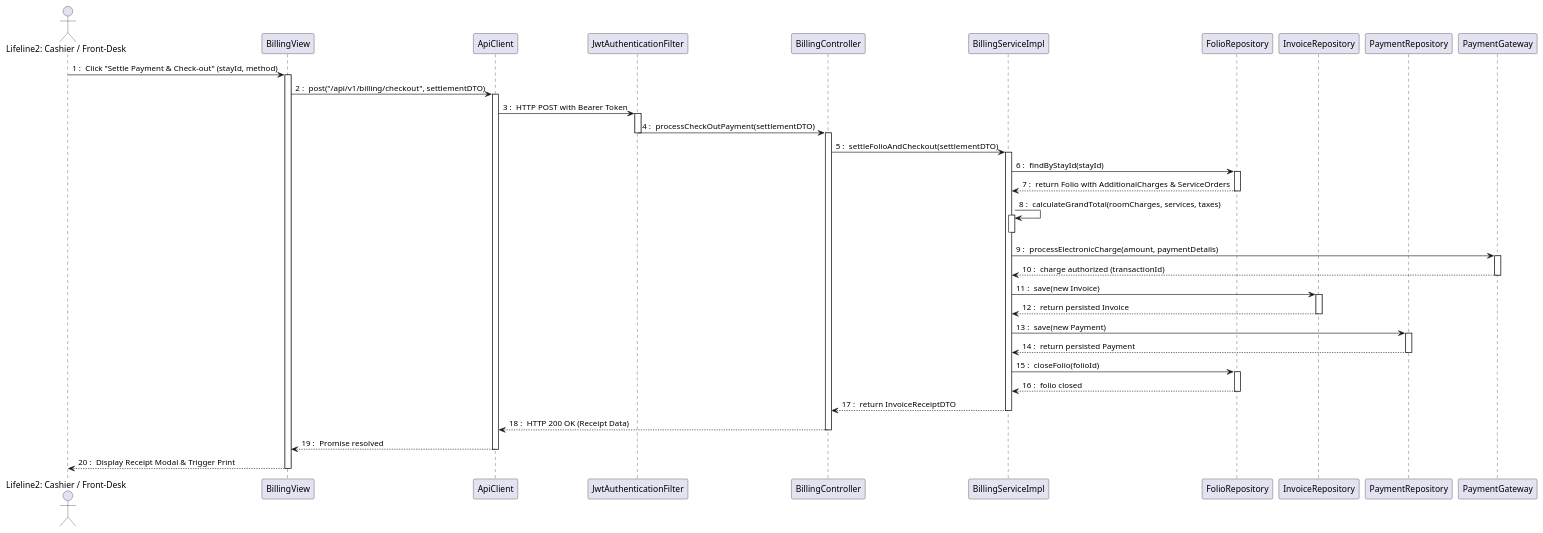
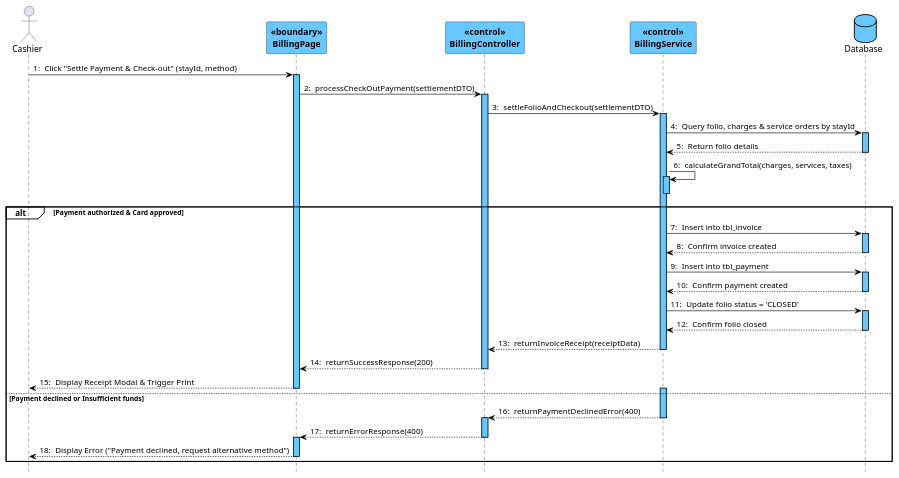
The sixth of 7 diagrams in docs/Class + Sequence/Sequence Diagram(s) (PlantUML).md (hieupeek/sba_doc), drawn with PlantUML before and after one commit. The commit also changed other lines of this file and 23 other files, not shown here.

Commit message:
docs: update class diagrams to association and sequence diagrams to COMET VP style

````diff
--- a/docs/Class + Sequence/Sequence Diagram(s) (PlantUML).md
+++ b/docs/Class + Sequence/Sequence Diagram(s) (PlantUML).md
@@ -346,74 +444,87 @@
 ```plantuml
 @startuml
 skinparam shadowed false
-autonumber 1 "0 : "
+autonumber 1 "0: "
+hide footbox
 
-actor "Lifeline2: Cashier / Front-Desk" as Cashier
-participant BillingView
-participant ApiClient
-participant JwtAuthenticationFilter
-participant BillingController
-participant BillingServiceImpl
-participant FolioRepository
-participant InvoiceRepository
-participant PaymentRepository
-participant PaymentGateway
+skinparam participantBackgroundColor #67C8FF
+skinparam participantBorderColor #000000
+skinparam participantFontColor #000000
+skinparam participantFontStyle bold
 
-Cashier -> BillingView : Click "Settle Payment & Check-out" (stayId, method)
-activate BillingView
+skinparam databaseBackgroundColor #67C8FF
+skinparam databaseBorderColor #000000
+skinparam databaseFontColor #000000
 
-BillingView -> ApiClient : post("/api/v1/billing/checkout", settlementDTO)
-activate ApiClient
+skinparam sequenceLifeLineBackgroundColor #67C8FF
+skinparam sequenceLifeLineBorderColor #000000
+skinparam sequenceArrowColor #000000
 
-ApiClient -> JwtAuthenticationFilter : HTTP POST with Bearer Token
-activate JwtAuthenticationFilter
+skinparam SequenceGroupFontColor #000000
+skinparam SequenceGroupFontStyle bold
+skinparam SequenceGroupHeaderFontColor #000000
+skinparam SequenceGroupHeaderFontStyle bold
+skinparam SequenceGroupBorderColor #000000
+skinparam SequenceGroupBackgroundColor transparent
 
-JwtAuthenticationFilter -> BillingController : processCheckOutPayment(settlementDTO)
-deactivate JwtAuthenticationFilter
+actor Cashier
+participant BillingPage <<boundary>>
+participant BillingController <<control>>
+participant BillingService <<control>>
+database Database
+
+Cashier -> BillingPage : Click "Settle Payment & Check-out" (stayId, method)
+activate BillingPage
+
+BillingPage -> BillingController : processCheckOutPayment(settlementDTO)
 activate BillingController
 
-BillingController -> BillingServiceImpl : settleFolioAndCheckout(settlementDTO)
-activate BillingServiceImpl
+BillingController -> BillingService : settleFolioAndCheckout(settlementDTO)
+activate BillingService
 
-BillingServiceImpl -> FolioRepository : findByStayId(stayId)
-activate FolioRepository
-FolioRepository --> BillingServiceImpl : return Folio with AdditionalCharges & ServiceOrders
-deactivate FolioRepository
+BillingService -> Database : Query folio, charges & service orders by stayId
+activate Database
+Database --> BillingService : Return folio details
+deactivate Database
 
-BillingServiceImpl -> BillingServiceImpl : calculateGrandTotal(roomCharges, services, taxes)
-activate BillingServiceImpl
-deactivate BillingServiceImpl
+BillingService -> BillingService : calculateGrandTotal(charges, services, taxes)
+activate BillingService
+deactivate BillingService
 
-BillingServiceImpl -> PaymentGateway : processElectronicCharge(amount, paymentDetails)
-activate PaymentGateway
-PaymentGateway --> BillingServiceImpl : charge authorized (transactionId)
-deactivate PaymentGateway
+alt Payment authorized & Card approved
+    BillingService -> Database : Insert into tbl_invoice
+    activate Database
+    Database --> BillingService : Confirm invoice created
+    deactivate Database
 
-BillingServiceImpl -> InvoiceRepository : save(new Invoice)
-activate InvoiceRepository
-InvoiceRepository --> BillingServiceImpl : return persisted Invoice
-deactivate InvoiceRepository
+    BillingService -> Database : Insert into tbl_payment
+    activate Database
+    Database --> BillingService : Confirm payment created
+    deactivate Database
 
-BillingServiceImpl -> PaymentRepository : save(new Payment)
-activate PaymentRepository
-PaymentRepository --> BillingServiceImpl : return persisted Payment
-deactivate PaymentRepository
+    BillingService -> Database : Update folio status = 'CLOSED'
+    activate Database
+    Database --> BillingService : Confirm folio closed
+    deactivate Database
 
-BillingServiceImpl -> FolioRepository : closeFolio(folioId)
-activate FolioRepository
-FolioRepository --> BillingServiceImpl : folio closed
-deactivate FolioRepository
+    BillingService --> BillingController : returnInvoiceReceipt(receiptData)
+    deactivate BillingService
 
-BillingServiceImpl --> BillingController : return InvoiceReceiptDTO
-deactivate BillingServiceImpl
+    BillingController --> BillingPage : returnSuccessResponse(200)
+    deactivate BillingController
 
-BillingController --> ApiClient : HTTP 200 OK (Receipt Data)
-deactivate BillingController
-
-ApiClient --> BillingView : Promise resolved
-deactivate ApiClient
-
-BillingView --> Cashier : Display Receipt Modal & Trigger Print
-deactivate BillingView
+    BillingPage --> Cashier : Display Receipt Modal & Trigger Print
+    deactivate BillingPage
+else Payment declined or Insufficient funds
+    activate BillingService
+    BillingService --> BillingController : returnPaymentDeclinedError(400)
+    deactivate BillingService
+    activate BillingController
+    BillingController --> BillingPage : returnErrorResponse(400)
+    deactivate BillingController
+    activate BillingPage
+    BillingPage --> Cashier : Display Error ("Payment declined, request alternative method")
+    deactivate BillingPage
+end
 @enduml
 ```
````
